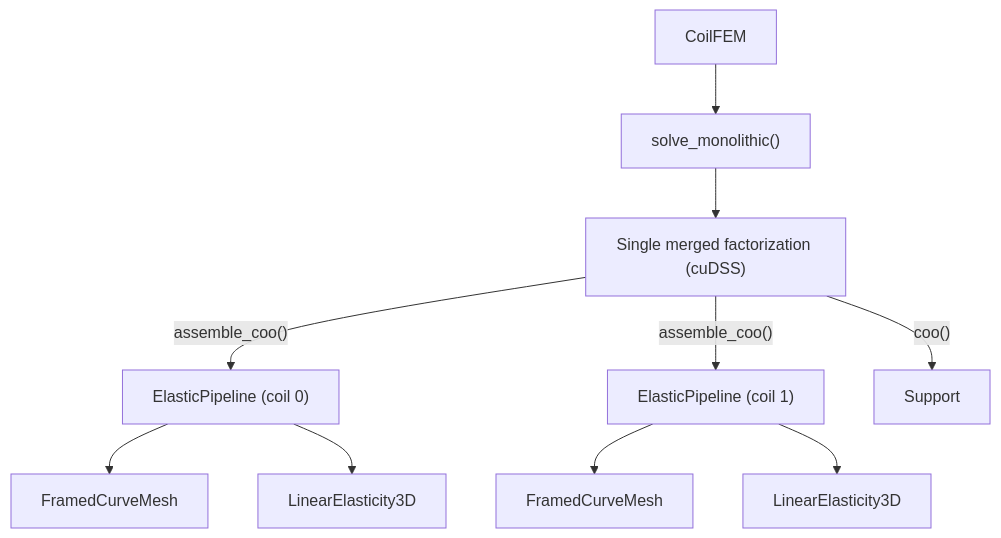
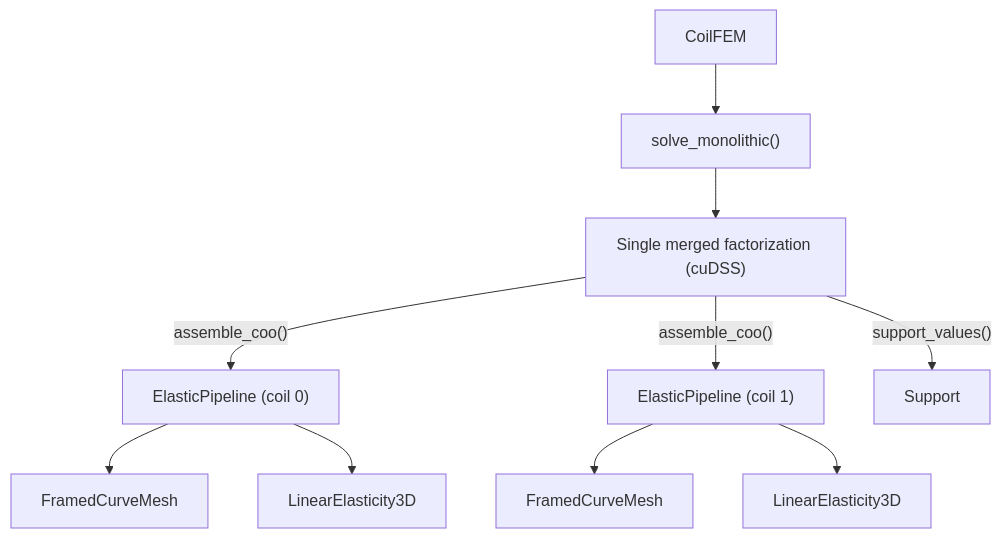
One commit to lankef/coil-fem changed the first of 2 diagrams in docs/developers/support_structure.rst. Above: the diagram before and after it, drawn with Mermaid. The commit also changed other lines of this file and 7 other files, not shown here.

Commit message:
Changing build architecture.

```diff
--- a/docs/developers/support_structure.rst
+++ b/docs/developers/support_structure.rst
@@ -69,12 +71,12 @@
 .. mermaid::
 
    flowchart TD
        CoilFEM --> Driver["solve_monolithic()"]
        Driver --> MergedSolver["Single merged factorization (cuDSS)"]
        MergedSolver -->|"assemble_coo()"| P0["ElasticPipeline (coil 0)"]
        MergedSolver -->|"assemble_coo()"| P1["ElasticPipeline (coil 1)"]
-       MergedSolver -->|"coo()"| Sup[Support]
+       MergedSolver -->|"support_values()"| Sup[Support]
        P0 --> M0[FramedCurveMesh]
        P0 --> L0[LinearElasticity3D]
        P1 --> M1[FramedCurveMesh]
        P1 --> L1[LinearElasticity3D]
```
